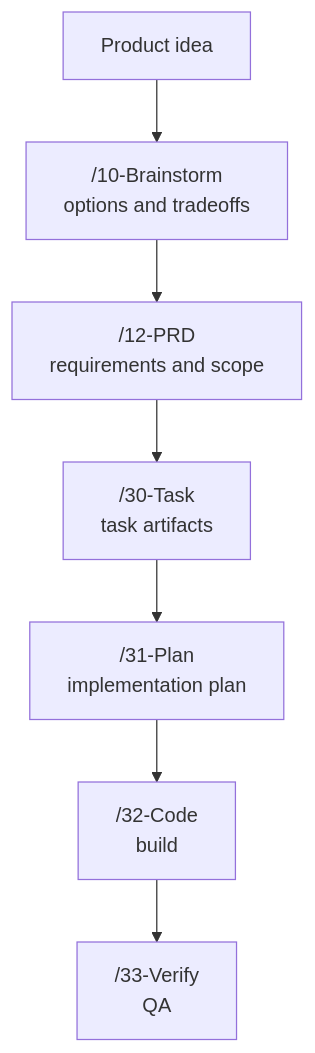
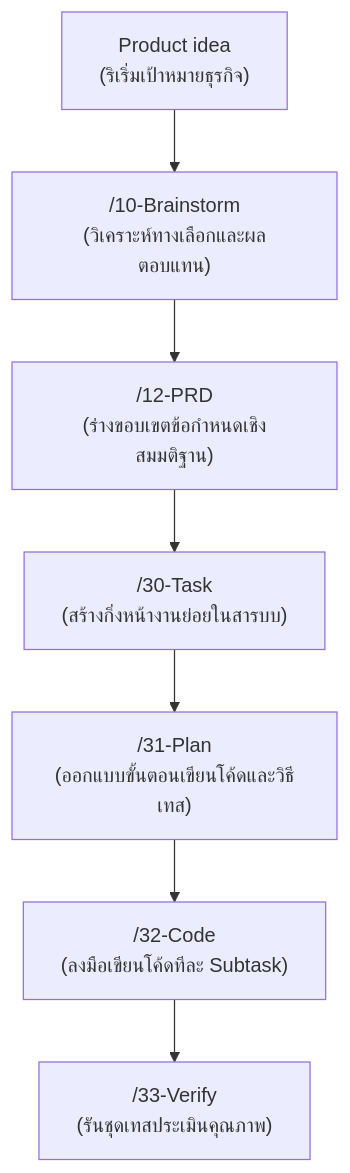
One commit to Jakkrich/nexus-devflow changed the fourth of 6 diagrams in README.md. Above: the diagram before and after it, drawn with Mermaid. The commit also changed other lines of this file and 12 other files, not shown here.

Commit message:
docs: add project architectural diagrams and update gitignore to track design assets

````diff
--- a/README.md
+++ b/README.md
@@ -112,17 +264,17 @@
 ```mermaid
 flowchart TD
-    Idea["Product idea"]
-    Brainstorm["/10-Brainstorm<br/>options and tradeoffs"]
-    PRD["/12-PRD<br/>requirements and scope"]
-    Task["/30-Task<br/>task artifacts"]
-    Plan["/31-Plan<br/>implementation plan"]
-    Code["/32-Code<br/>build"]
-    Verify["/33-Verify<br/>QA"]
-
+    Idea["Product idea<br/>(ริเริ่มเป้าหมายธุรกิจ)"]
+    Brainstorm["/10-Brainstorm<br/>(วิเคราะห์ทางเลือกและผลตอบแทน)"]
+    PRD["/12-PRD<br/>(ร่างขอบเขตข้อกำหนดเชิงสมมติฐาน)"]
+    Task["/30-Task<br/>(สร้างกิ่งหน้างานย่อยในสารบบ)"]
+    Plan["/31-Plan<br/>(ออกแบบขั้นตอนเขียนโค้ดและวิธีเทส)"]
+    Code["/32-Code<br/>(ลงมือเขียนโค้ดทีละ Subtask)"]
+    Verify["/33-Verify<br/>(รันชุดเทสประเมินคุณภาพ)"]
+ 
     Idea --> Brainstorm
     Brainstorm --> PRD
     PRD --> Task
     Task --> Plan
     Plan --> Code
     Code --> Verify
 ```
````
